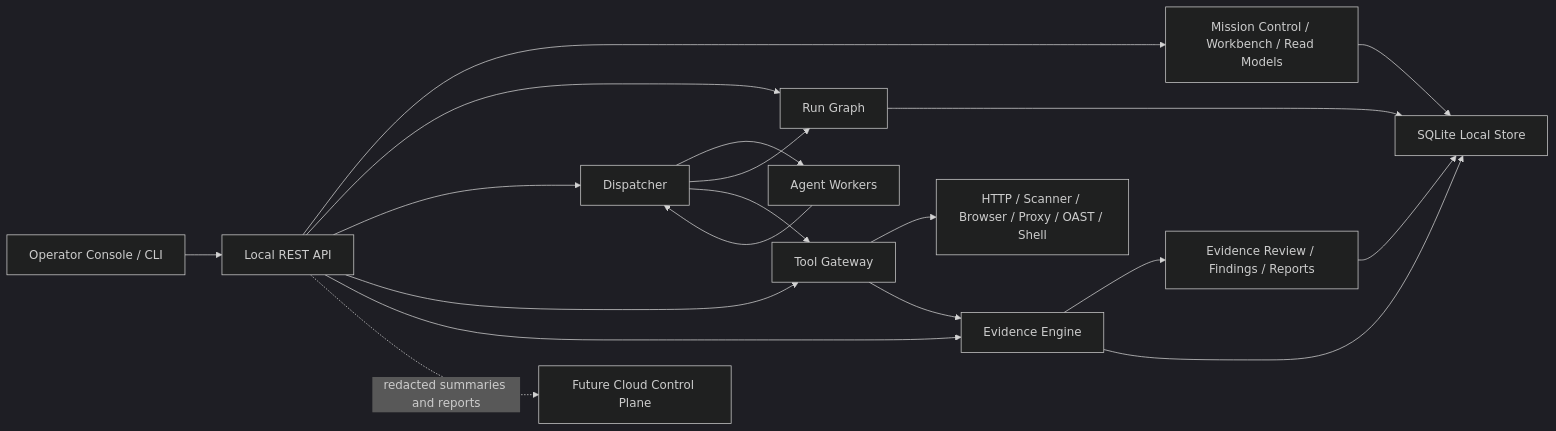
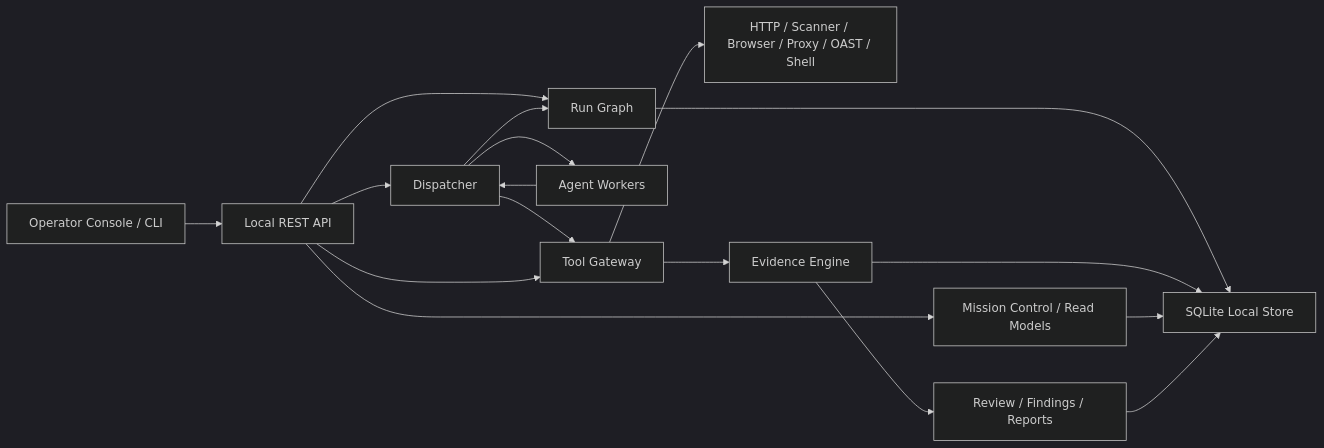
One commit to Coff0xc/AgentRed changed the first of 2 diagrams in README.md. Above: the diagram before and after it, drawn with Mermaid (dark theme). The commit also changed other lines of this file, not shown here.

````diff
--- a/README.md
+++ b/README.md
@@ -256,34 +144,31 @@
 ```mermaid
 flowchart LR
   Operator["Operator Console / CLI"]
   API["Local REST API"]
-  Mission["Mission Control / Workbench / Read Models"]
+  Mission["Mission Control / Read Models"]
   Graph["Run Graph"]
   Dispatcher["Dispatcher"]
   Worker["Agent Workers"]
   Gateway["Tool Gateway"]
   Tools["HTTP / Scanner / Browser / Proxy / OAST / Shell"]
   Evidence["Evidence Engine"]
-  Review["Evidence Review / Findings / Reports"]
+  Review["Review / Findings / Reports"]
   Store["SQLite Local Store"]
-  Cloud["Future Cloud Control Plane"]
 
   Operator --> API
   API --> Mission
   API --> Graph
   API --> Dispatcher
   Dispatcher --> Worker
   Worker --> Dispatcher
   Dispatcher --> Graph
   Dispatcher --> Gateway
   API --> Gateway
   Gateway --> Tools
   Gateway --> Evidence
-  API --> Evidence
   Evidence --> Review
+  Graph --> Store
+  Evidence --> Store
+  Mission --> Store
   Review --> Store
-  Graph --> Store
-  Mission --> Store
-  Evidence --> Store
-  API -. "redacted summaries and reports" .-> Cloud
 ```
````
